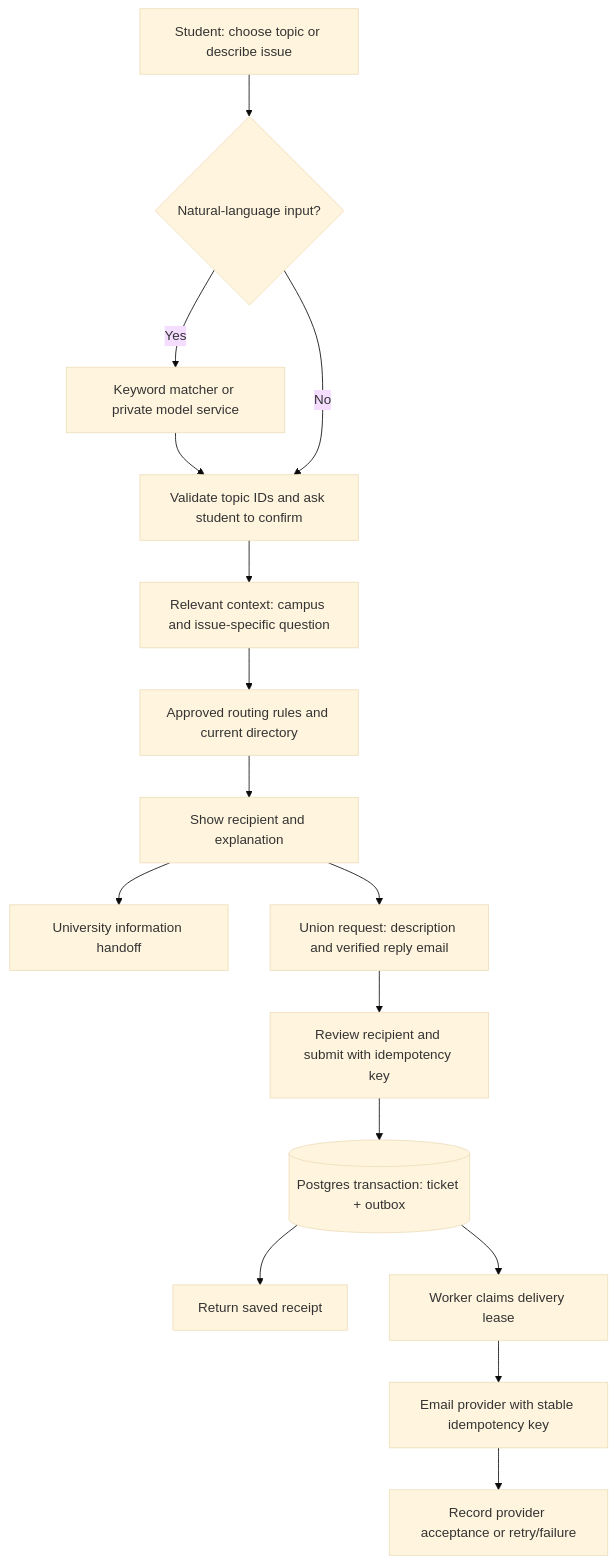
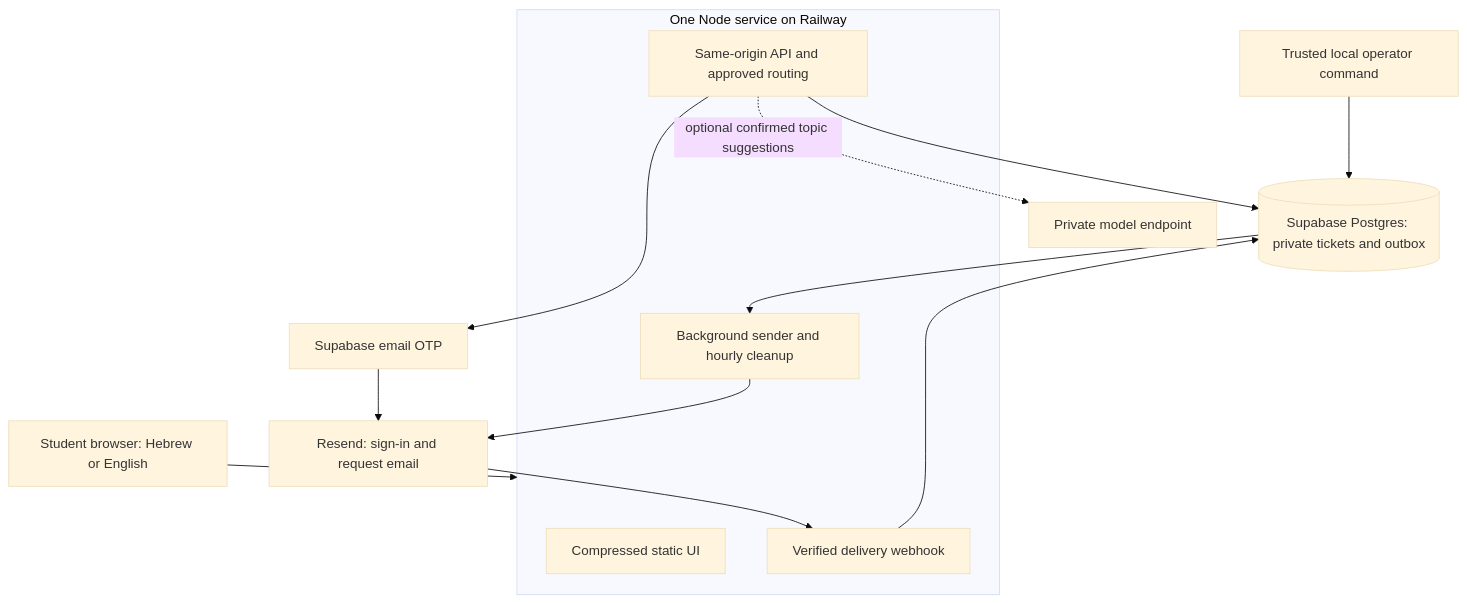
The diagram in docs/architecture.md (EldadStyleZ/huji-students-gateway), drawn with Mermaid (base theme) before and after one commit. The commit also changed other lines of this file and 43 other files, not shown here.

Commit message:
Simplify deployment and add delivery tracking, retention, and union directory

````diff
--- a/docs/architecture.md
+++ b/docs/architecture.md
@@ -3,18 +5,19 @@
 ```mermaid
 flowchart TD
-  A[Student: choose topic or describe issue] --> B{Natural-language input?}
-  B -->|Yes| C[Keyword matcher or private model service]
-  C --> D[Validate topic IDs and ask student to confirm]
-  B -->|No| D
-  D --> E[Relevant context: campus and issue-specific question]
-  E --> F[Approved routing rules and current directory]
-  F --> G[Show recipient and explanation]
-  G --> H[University information handoff]
-  G --> I[Union request: description and verified reply email]
-  I --> J[Review recipient and submit with idempotency key]
-  J --> K[(Postgres transaction: ticket + outbox)]
-  K --> L[Return saved receipt]
-  K --> M[Worker claims delivery lease]
-  M --> N[Email provider with stable idempotency key]
-  N --> O[Record provider acceptance or retry/failure]
+  Student[Student browser: Hebrew or English] --> App
+  subgraph App[One Node service on Railway]
+    UI[Compressed static UI]
+    API[Same-origin API and approved routing]
+    Worker[Background sender and hourly cleanup]
+    Hook[Verified delivery webhook]
+  end
+  API --> DB[(Supabase Postgres: private tickets and outbox)]
+  API --> Auth[Supabase email OTP]
+  Auth --> Mail[Resend: sign-in and request email]
+  DB --> Worker
+  Worker --> Mail
+  Mail --> Hook
+  Hook --> DB
+  Operator[Trusted local operator command] --> DB
+  API -. optional confirmed topic suggestions .-> Model[Private model endpoint]
 ```
````
